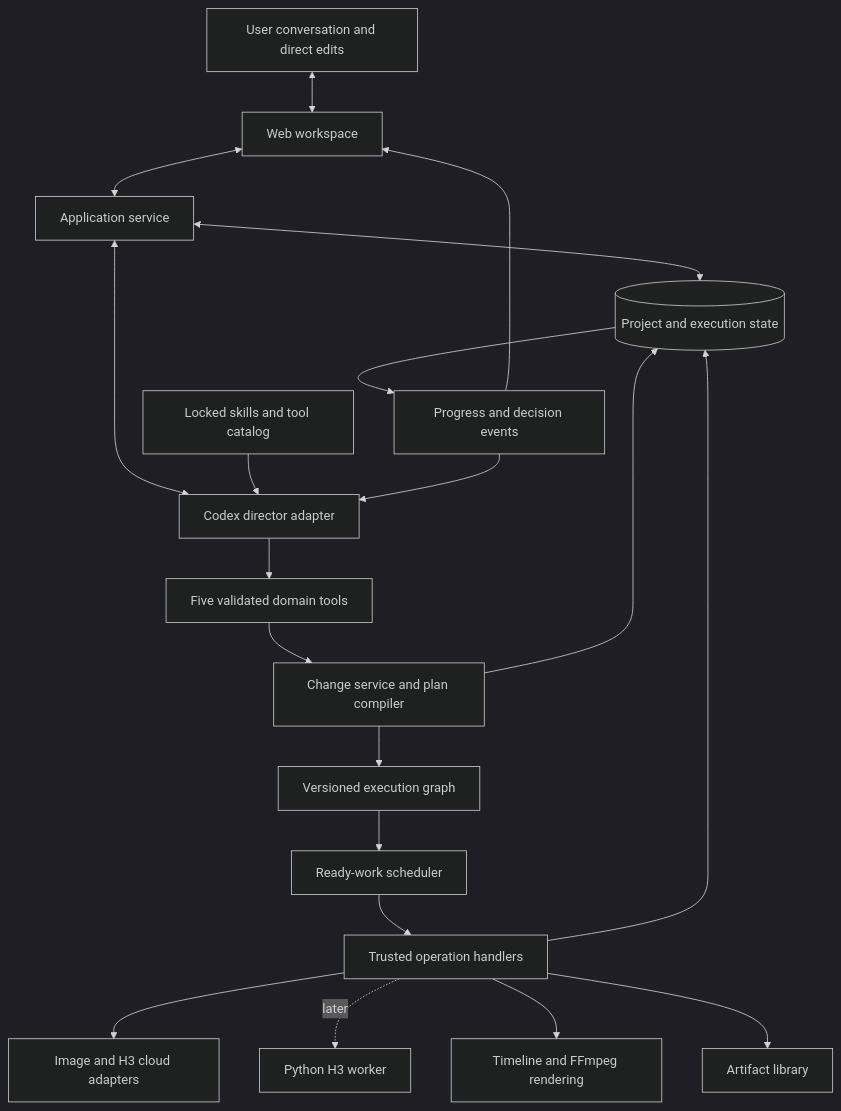
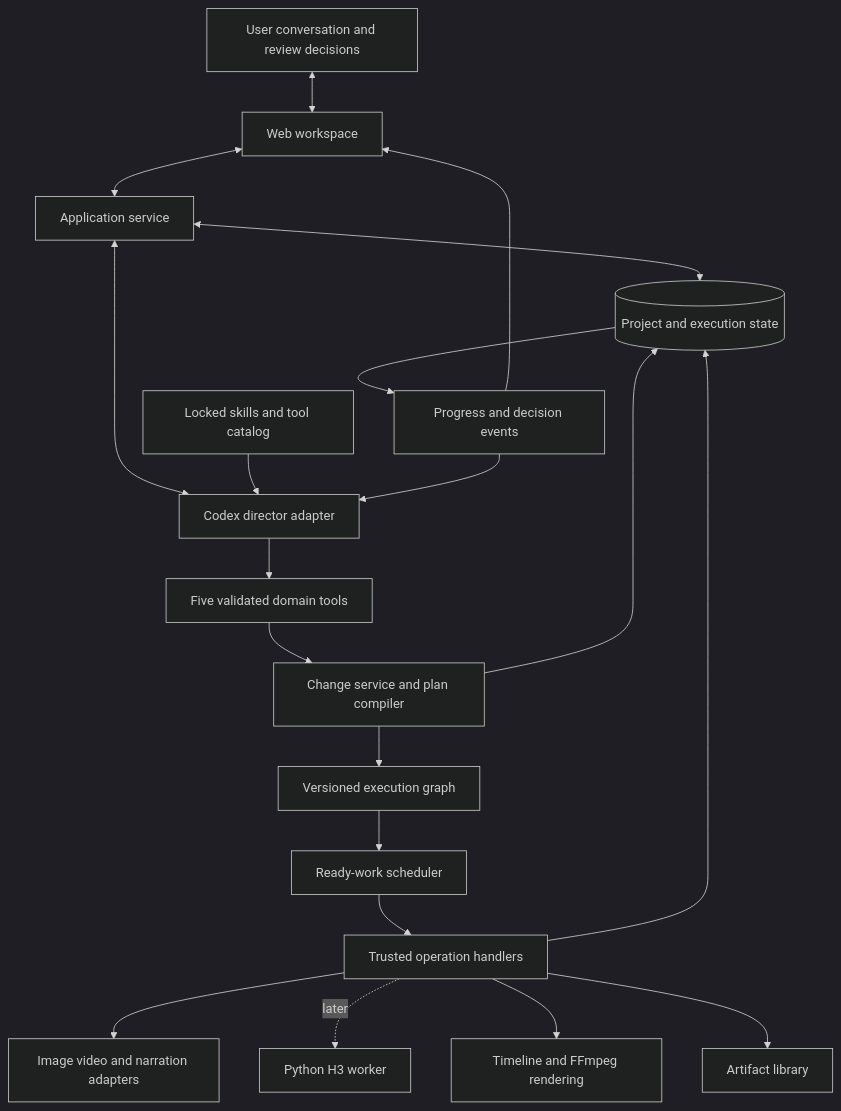
The diagram in docs/design/README.md (Michael-Ma/OpenSlate), drawn with Mermaid (dark theme) before and after one commit. The commit also changed other lines of this file and 10 other files, not shown here.

Commit message:
Define narration workflow and human-reviewed video production

````diff
--- a/docs/design/README.md
+++ b/docs/design/README.md
@@ -27,22 +29,22 @@
 ```mermaid
 flowchart TB
-    User[User conversation and direct edits] <--> UI[Web workspace]
+    User[User conversation and review decisions] <--> UI[Web workspace]
     UI <--> App[Application service]
     App <--> State[(Project and execution state)]
     App <--> Director[Codex director adapter]
     Catalog[Locked skills and tool catalog] --> Director
     Director --> Tools[Five validated domain tools]
     Tools --> Change[Change service and plan compiler]
     Change --> State
     Change --> Graph[Versioned execution graph]
     Graph --> Scheduler[Ready-work scheduler]
     Scheduler --> Workers[Trusted operation handlers]
-    Workers --> Cloud[Image and H3 cloud adapters]
+    Workers --> Cloud[Image video and narration adapters]
     Workers -. later .-> Local[Python H3 worker]
     Workers --> Edit[Timeline and FFmpeg rendering]
     Workers --> Media[Artifact library]
     Workers --> State
     State --> Events[Progress and decision events]
     Events --> UI
     Events --> Director
 ```
````
